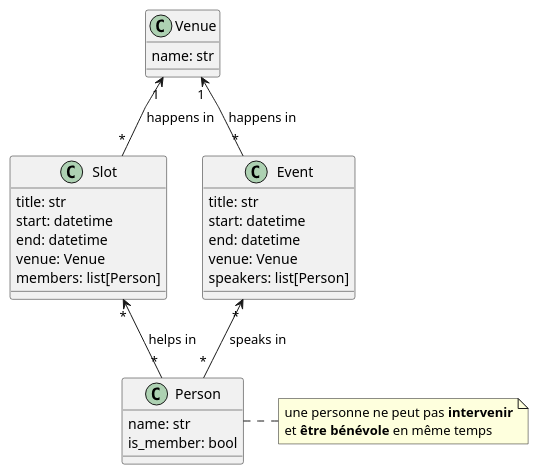
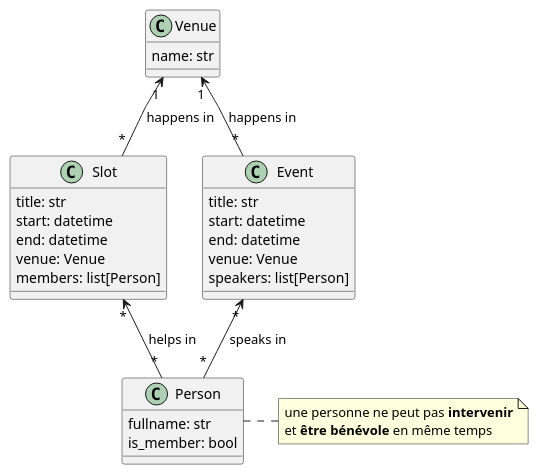
Before and after one commit to lucsorel/conferences: the first of 3 diagrams in breizhcamp-2024.06.27-testcontainers-pytest/2024.06.27-BreizhCamp-testcontainers-pytest_conf_fr.adoc, drawn with PlantUML. The commit also changed other lines of this file and 2 other files, not shown here.

```diff
--- a/breizhcamp-2024.06.27-testcontainers-pytest/2024.06.27-BreizhCamp-testcontainers-pytest_conf_fr.adoc
+++ b/breizhcamp-2024.06.27-testcontainers-pytest/2024.06.27-BreizhCamp-testcontainers-pytest_conf_fr.adoc
@@ -70,38 +90,38 @@
 [plantuml, target=class-diagram, format=svg]
 ----
 @startuml
 skinparam linetype polyline
 class Slot {
   title: str
   start: datetime
   end: datetime
   venue: Venue
   members: list[Person]
 }
 class Venue {
   name: str
 }
 class Event {
   title: str
   start: datetime
   end: datetime
   venue: Venue
   speakers: list[Person]
 }
 class Person {
-  name: str
+  fullname: str
   is_member: bool
 }
 
 Slot "*" -up-> "1" Venue : "happens in"
 Event "*" -up-> "1" Venue : "happens in"
 Slot "*" <-down- "*" Person : "helps in"
 Event "*" <-down- "*" Person : "speaks in"
 
 note right of Person
   une personne ne peut pas **intervenir**
   et **être bénévole** en même temps
 end note
 
 @enduml
 ----
```
